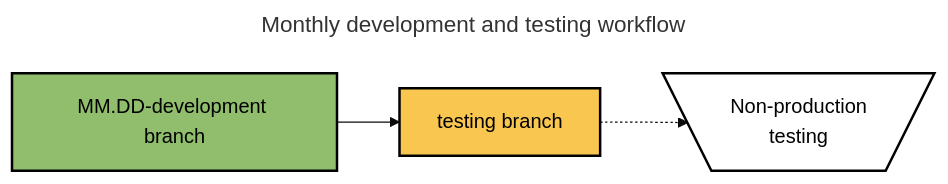
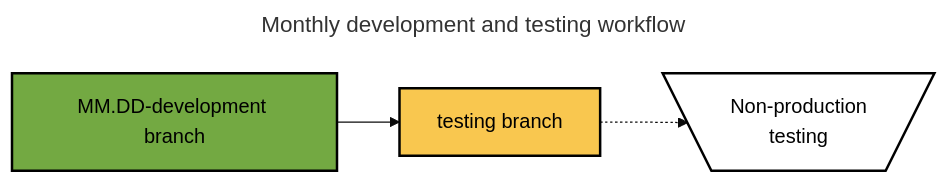
Before and after one commit to spectrum-health-systems/Abatab: the third of 3 diagrams in README_development.md, drawn with Mermaid (base theme). The commit also changed other lines of this file and 23 other files, not shown here.

````diff
--- a/README_development.md
+++ b/README_development.md
@@ -75,15 +134,15 @@
 ```mermaid
 ---
 title: Monthly development and testing workflow
 ---
 flowchart LR
   MonthlyBranch[MM.DD-development branch] --> TestingBranch[testing branch] -.-> NonProductionTesting[\Non-production\ntesting/]
 
-  classDef PistachioBlackBlack fill:#90BE6D, color:#000000, stroke:#000000,stroke-width:2px
+  classDef Green73A942BlackBlack fill:#73A942, color:#000000, stroke:#000000,stroke-width:2px
   classDef MaizeBlackBlack fill:#F9C74F, color:#000000, stroke:#000000,stroke-width:2px
   classDef WhiteBlackBlack fill:#FFFFFF, color:#000000, stroke:#000000,stroke-width:2px
   
-  class MonthlyBranch PistachioBlackBlack
+  class MonthlyBranch Green73A942BlackBlack
   class TestingBranch MaizeBlackBlack
   class NonProductionTesting WhiteBlackBlack
 ```
````
